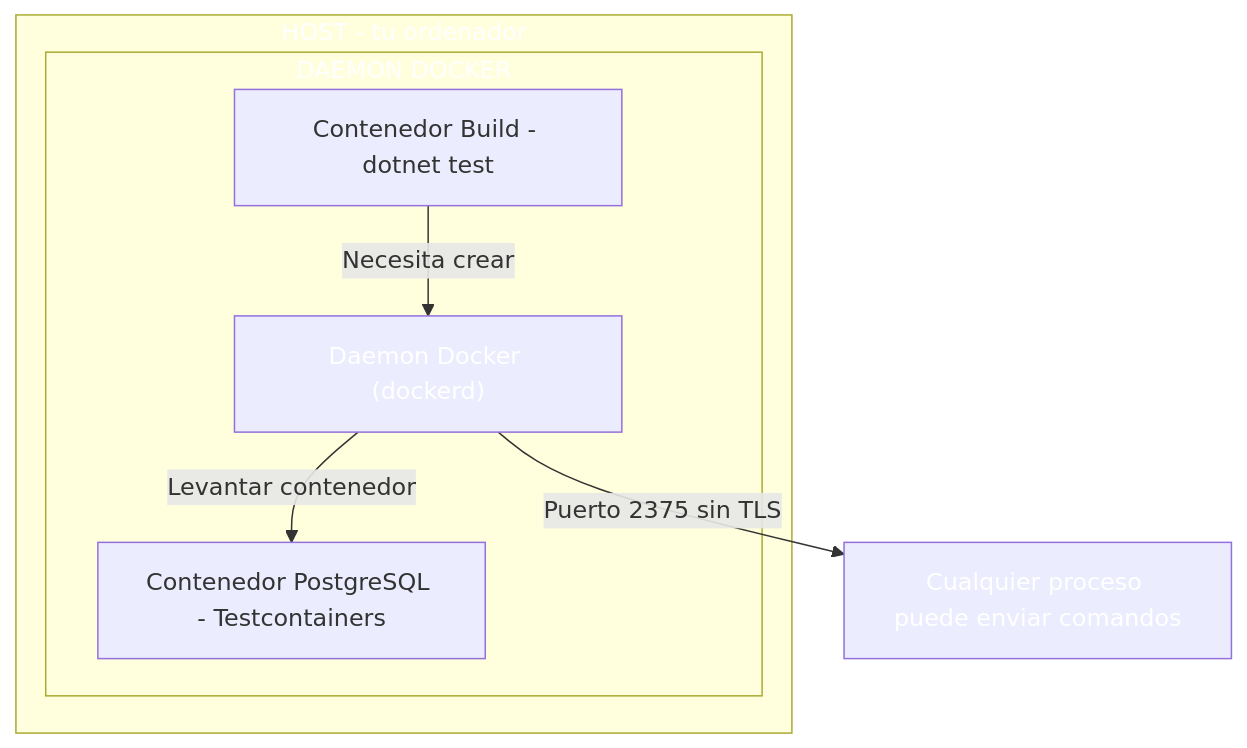
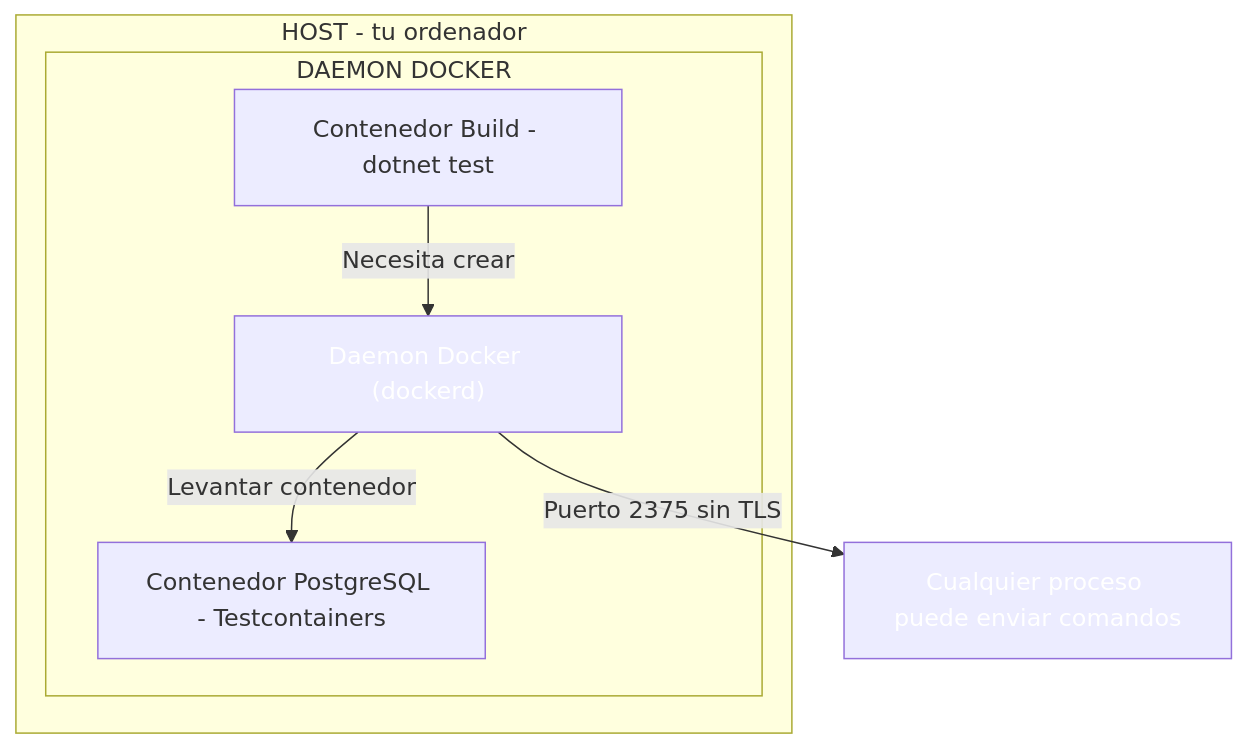
One commit to joseluisgs/DesarrolloWebEntornosServidor-01-2026-2027 changed the first of 3 diagrams in 22-testing-avanzado.md. Above: the diagram before and after it, drawn with Mermaid. The commit also changed other lines of this file and 15 other files, not shown here.

Commit message:
docs: quitar el relleno a los subgraf de los diagramas y corregir comillas y rayas sueltas

````diff
--- a/22-testing-avanzado.md
+++ b/22-testing-avanzado.md
@@ -566,16 +566,14 @@
 ```mermaid
 graph TD
     subgraph HOST["HOST - tu ordenador"]
         subgraph DOCKER["DAEMON DOCKER"]
             A["Contenedor Build - dotnet test"] -->|"Necesita crear"| B["Daemon Docker (dockerd)"]
             B -->|"Levantar contenedor"| C["Contenedor PostgreSQL - Testcontainers"]
         end
     end
 
     B -->|"Puerto 2375 sin TLS"| D["Cualquier proceso puede enviar comandos"]
 
-    style HOST fill:#2196F,color:#fff3,color:#fff
-    style DOCKER fill:#FF980,color:#fff0,color:#fff
     style B fill:#f4433,color:#fff6,color:#fff
     style D fill:#f4433,color:#fff6,color:#fff
 ```
````
